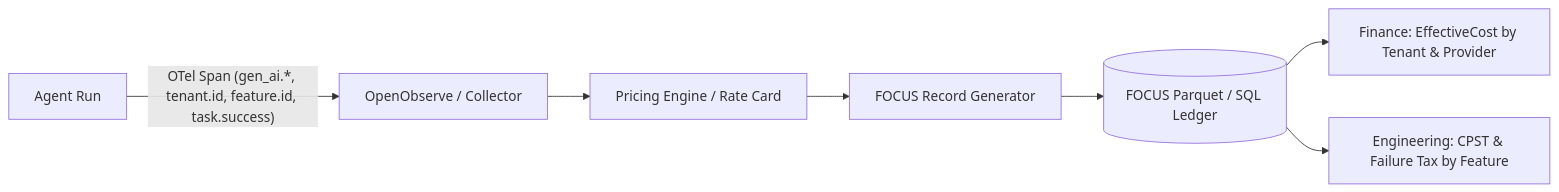
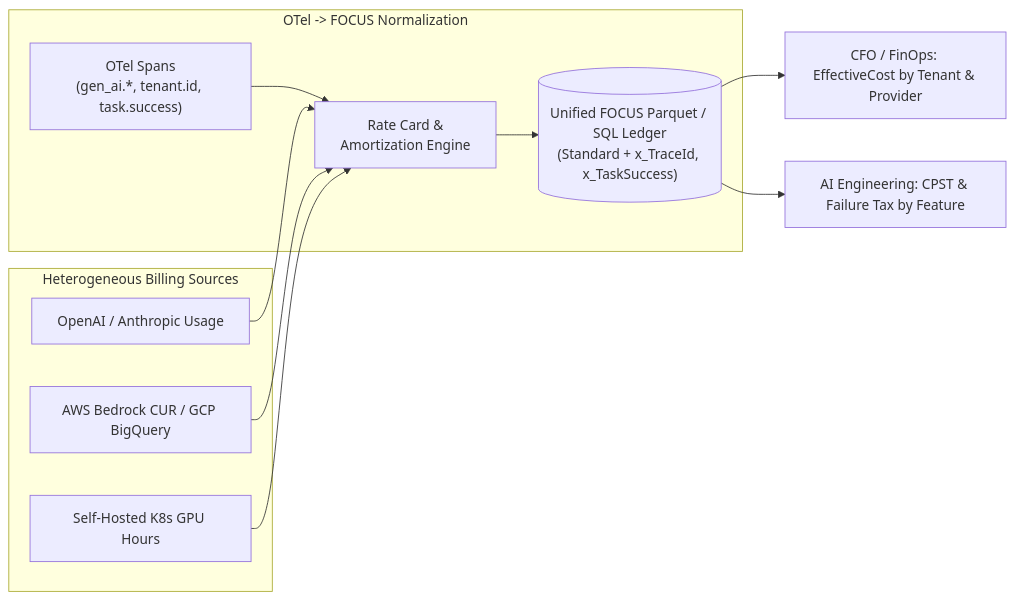
One commit to Amie-dev/FDE-and-GenAI-Mastery changed the first of 2 diagrams in Lecture 43 - AI Observability OTel and FOCUS FinOps/notes/07_FOCUS_Aligned_Cost_Reporting.md. Above: the diagram before and after it, drawn with Mermaid. The commit also changed other lines of this file and 92 other files, not shown here.

Commit message:
docs: add lecture notes for GenAI engineering course

````diff
--- a/Lecture 43 - AI Observability OTel and FOCUS FinOps/notes/07_FOCUS_Aligned_Cost_Reporting.md
+++ b/Lecture 43 - AI Observability OTel and FOCUS FinOps/notes/07_FOCUS_Aligned_Cost_Reporting.md
@@ -63,9 +68,17 @@
 ```mermaid
 flowchart LR
-    A[Agent Run] -->|"OTel Span (gen_ai.*, tenant.id, feature.id, task.success)"| B[OpenObserve / Collector]
-    B --> C[Pricing Engine / Rate Card]
-    C --> D[FOCUS Record Generator]
-    D --> E[(FOCUS Parquet / SQL Ledger)]
-    E --> F[Finance: EffectiveCost by Tenant & Provider]
-    E --> G[Engineering: CPST & Failure Tax by Feature]
+    subgraph VENDORS["Heterogeneous Billing Sources"]
+        V1["OpenAI / Anthropic Usage"]
+        V2["AWS Bedrock CUR / GCP BigQuery"]
+        V3["Self-Hosted K8s GPU Hours"]
+    end
+    subgraph PIPELINE["OTel -> FOCUS Normalization"]
+        OTEL["OTel Spans<br/>(gen_ai.*, tenant.id, task.success)"] --> RATE["Rate Card &<br/>Amortization Engine"]
+        V1 --> RATE
+        V2 --> RATE
+        V3 --> RATE
+        RATE --> LEDGER[("Unified FOCUS Parquet / SQL Ledger<br/>(Standard + x_TraceId, x_TaskSuccess)")]
+    end
+    LEDGER --> FIN["CFO / FinOps: EffectiveCost by Tenant & Provider"]
+    LEDGER --> ENG["AI Engineering: CPST & Failure Tax by Feature"]
 ```
````
